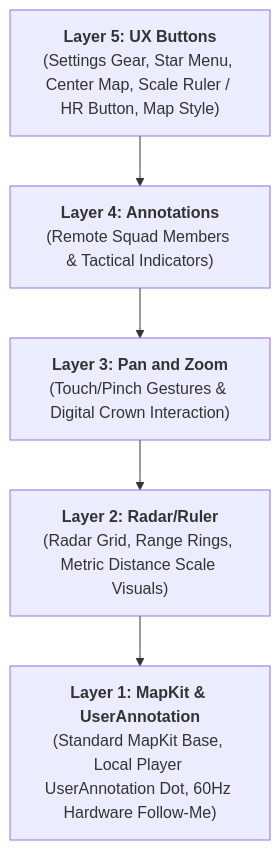
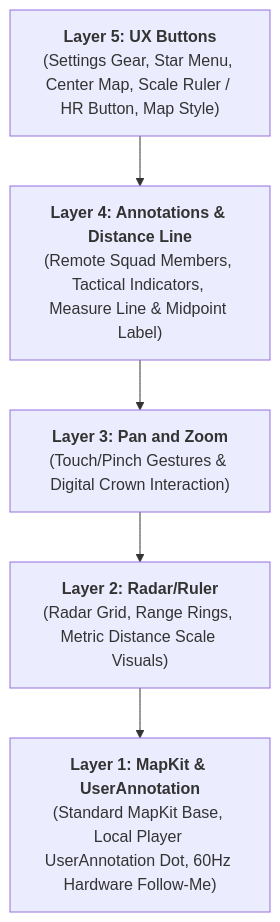
The second of 2 diagrams in docs/TACTICAL_UI_SPECIFICATION.md (cruiser0002/RadarMap), drawn with Mermaid before and after one commit. The commit also changed other lines of this file and 125 other files, not shown here.

````diff
--- a/docs/TACTICAL_UI_SPECIFICATION.md
+++ b/docs/TACTICAL_UI_SPECIFICATION.md
@@ -221,13 +234,13 @@
 ```mermaid
 graph TD
     L5["<b>Layer 5: UX Buttons</b><br/>(Settings Gear, Star Menu, Center Map, Scale Ruler / HR Button, Map Style)"]
-    L4["<b>Layer 4: Annotations</b><br/>(Remote Squad Members & Tactical Indicators)"]
+    L4["<b>Layer 4: Annotations & Distance Line</b><br/>(Remote Squad Members, Tactical Indicators, Measure Line & Midpoint Label)"]
     L3["<b>Layer 3: Pan and Zoom</b><br/>(Touch/Pinch Gestures & Digital Crown Interaction)"]
     L2["<b>Layer 2: Radar/Ruler</b><br/>(Radar Grid, Range Rings, Metric Distance Scale Visuals)"]
     L1["<b>Layer 1: MapKit & UserAnnotation</b><br/>(Standard MapKit Base, Local Player UserAnnotation Dot, 60Hz Hardware Follow-Me)"]
 
     L5 --> L4
     L4 --> L3
     L3 --> L2
     L2 --> L1
 ```
````
